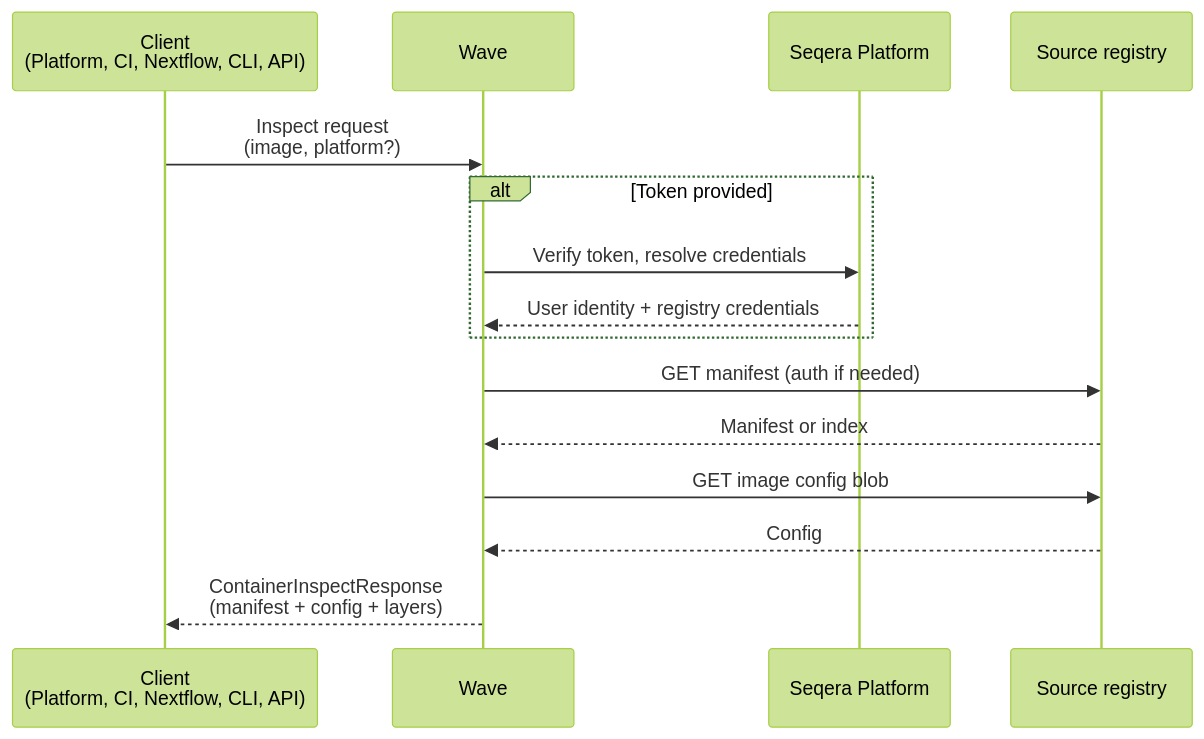
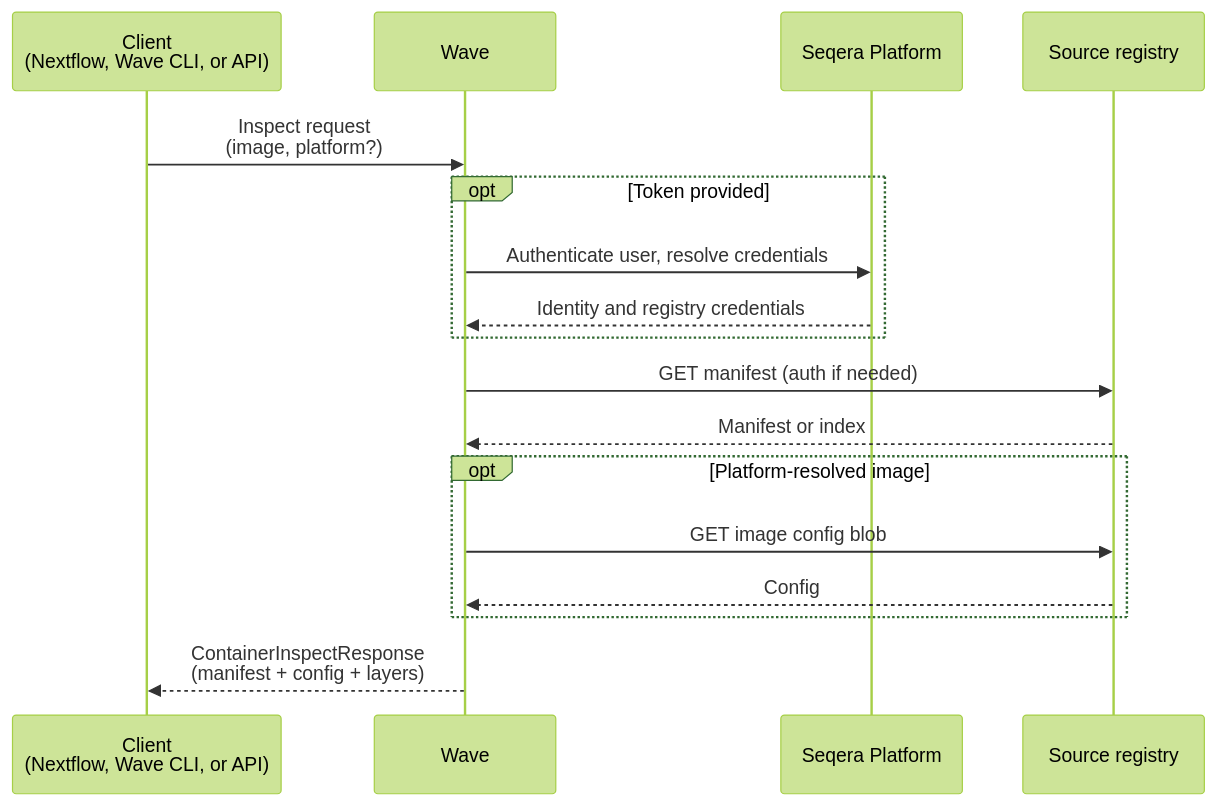
The diagram in docs/features/inspection.mdx (seqeralabs/wave), drawn with Mermaid (forest theme) before and after one commit. The commit also changed other lines of this file and 13 other files, not shown here.

````diff
--- a/docs/features/inspection.mdx
+++ b/docs/features/inspection.mdx
@@ -31,18 +31,20 @@
 ```mermaid
 sequenceDiagram
-    participant C as Client<br/>(Platform, CI, Nextflow, CLI, API)
+    participant C as Client<br/>(Nextflow, Wave CLI, or API)
     participant W as Wave
     participant P as Seqera Platform
     participant R as Source registry
 
     C->>W: Inspect request<br/>(image, platform?)
-    alt Token provided
-        W->>P: Verify token, resolve credentials
-        P-->>W: User identity + registry credentials
+    opt Token provided
+        W->>P: Authenticate user, resolve credentials
+        P-->>W: Identity and registry credentials
     end
     W->>R: GET manifest (auth if needed)
     R-->>W: Manifest or index
-    W->>R: GET image config blob
-    R-->>W: Config
+    opt Platform-resolved image
+        W->>R: GET image config blob
+        R-->>W: Config
+    end
     W-->>C: ContainerInspectResponse<br/>(manifest + config + layers)
 ```
````
